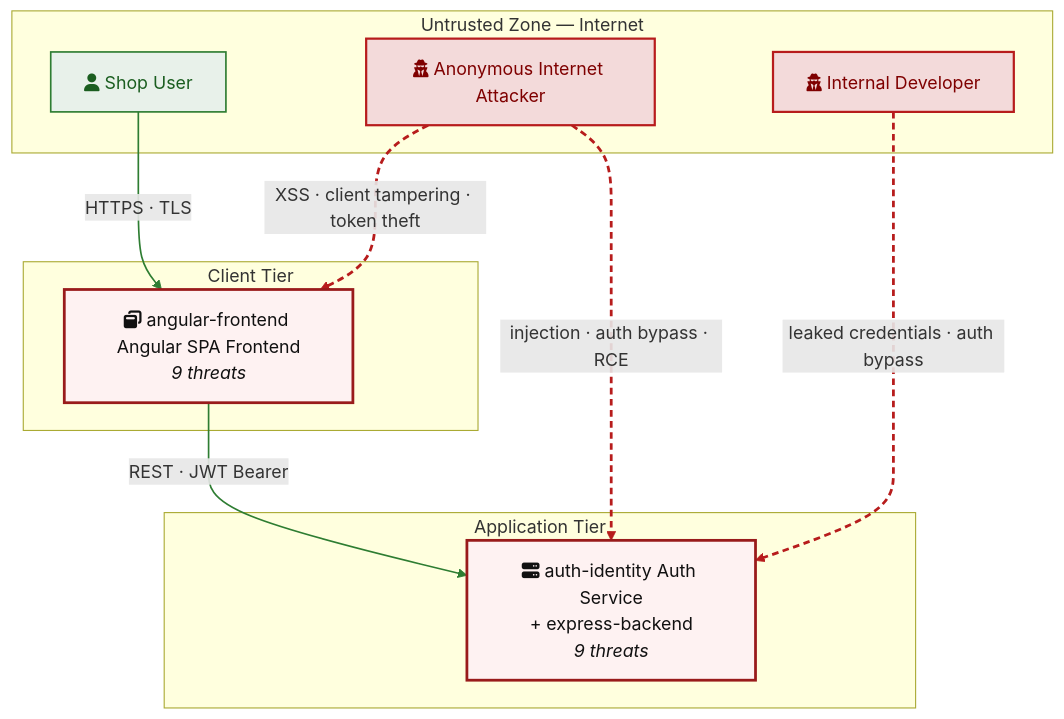
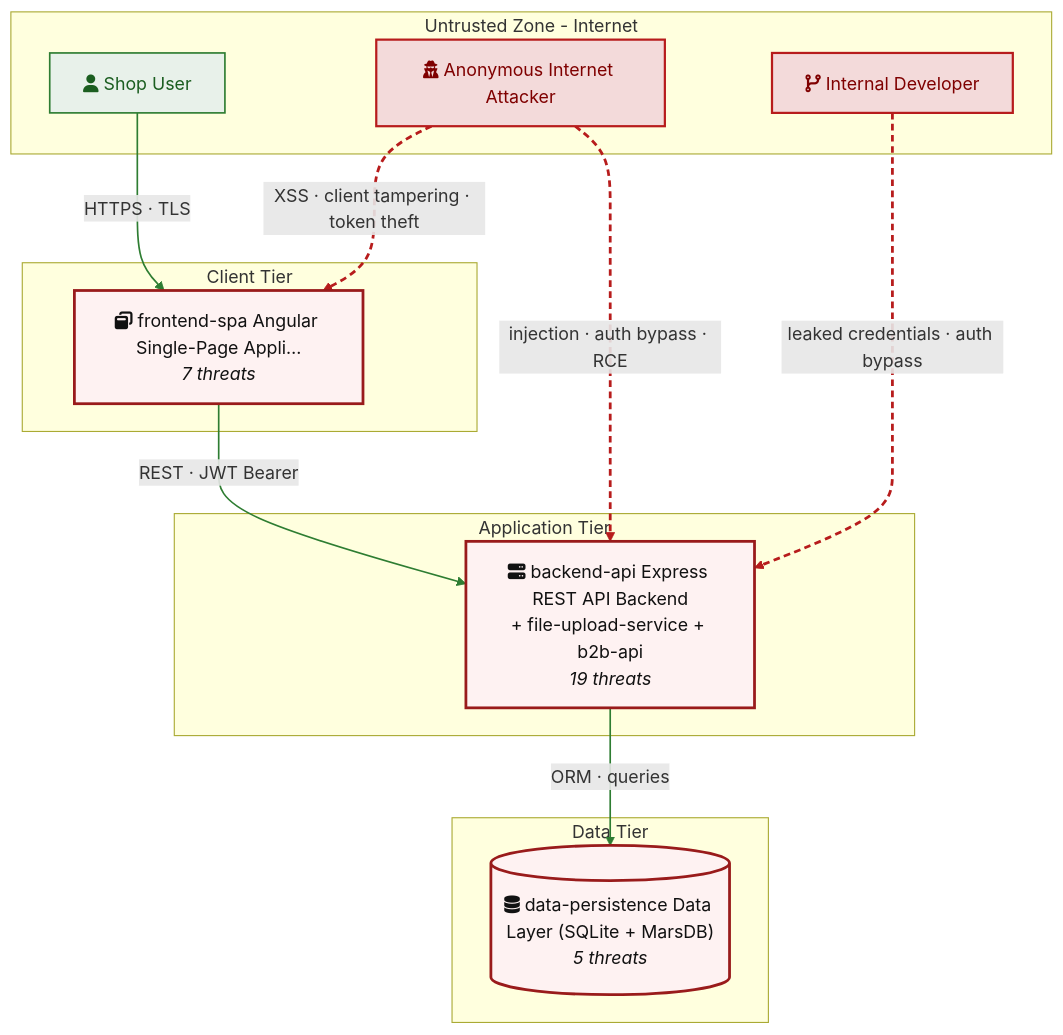
Before and after one commit to appsec-foundry/appsec-advisor: the sixth of 19 diagrams in examples/threat-modeler/threat-model-juice-shop-standard.md, drawn with Mermaid. The commit also changed other lines of this file and 4 other files, not shown here.

````diff
--- a/examples/threat-modeler/threat-model-juice-shop-standard.md
+++ b/examples/threat-modeler/threat-model-juice-shop-standard.md
@@ -420,26 +411,30 @@
 ```mermaid
 flowchart TD
-    subgraph EXT["Untrusted Zone — Internet"]
+    subgraph EXT["Untrusted Zone - Internet"]
         INTERNET_ANON["fa:fa-user-secret Anonymous Internet Attacker"]:::threat
         VICTIM_REQUIRED["fa:fa-user Shop User"]:::legit
-        REPO_READ["fa:fa-user-secret Internal Developer"]:::threat
+        REPO_READ["fa:fa-code-branch Internal Developer"]:::threat
     end
     subgraph CLIENT["Client Tier"]
-        angular_frontend["fa:fa-window-restore angular-frontend Angular SPA Frontend<br/><i>9 threats</i>"]:::risk
+        frontend_spa["fa:fa-window-restore frontend-spa Angular Single-Page Appli…<br/><i>7 threats</i>"]:::risk
     end
     subgraph APP["Application Tier"]
-        auth_identity["fa:fa-server auth-identity Auth Service<br/>+ express-backend<br/><i>9 threats</i>"]:::risk
+        backend_api["fa:fa-server backend-api Express REST API Backend<br/>+ file-upload-service + b2b-api<br/><i>19 threats</i>"]:::risk
     end
-    VICTIM_REQUIRED -->|"HTTPS · TLS"| angular_frontend
-    angular_frontend -->|"REST · JWT Bearer"| auth_identity
-    INTERNET_ANON -.->|"injection · auth bypass · RCE"| auth_identity
-    INTERNET_ANON -.->|"XSS · client tampering · token theft"| angular_frontend
-    REPO_READ -.->|"leaked credentials · auth bypass"| auth_identity
+    subgraph DATA["Data Tier"]
+        data_persistence[("fa:fa-database data-persistence Data Layer (SQLite + MarsDB)<br/><i>5 threats</i>")]:::risk
+    end
+    VICTIM_REQUIRED -->|"HTTPS · TLS"| frontend_spa
+    frontend_spa -->|"REST · JWT Bearer"| backend_api
+    backend_api -->|"ORM · queries"| data_persistence
+    INTERNET_ANON -.->|"injection · auth bypass · RCE"| backend_api
+    INTERNET_ANON -.->|"XSS · client tampering · token theft"| frontend_spa
+    REPO_READ -.->|"leaked credentials · auth bypass"| backend_api
 
     classDef legit fill:#e8f1ea,stroke:#2e7d32,color:#1b5e20,stroke-width:1.5px
     classDef threat fill:#f3dada,stroke:#b71c1c,color:#7f0000,stroke-width:2px
     classDef external fill:#f2f2f2,stroke:#424242,color:#212121,stroke-width:1.5px
     classDef risk fill:#fef2f2,stroke:#991b1b,color:#111,stroke-width:2.5px
-    linkStyle 0,1 stroke:#2e7d32,stroke-width:1.5px
-    linkStyle 2,3,4 stroke:#b71c1c,stroke-width:2.5px,stroke-dasharray:6 4
+    linkStyle 0,1,2 stroke:#2e7d32,stroke-width:1.5px
+    linkStyle 3,4,5 stroke:#b71c1c,stroke-width:2.5px,stroke-dasharray:6 4
 ```
````
